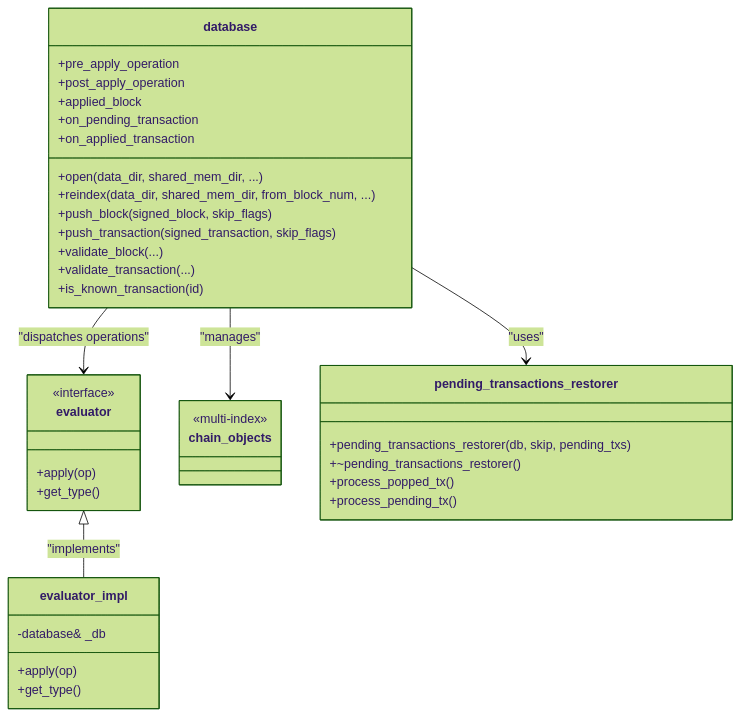
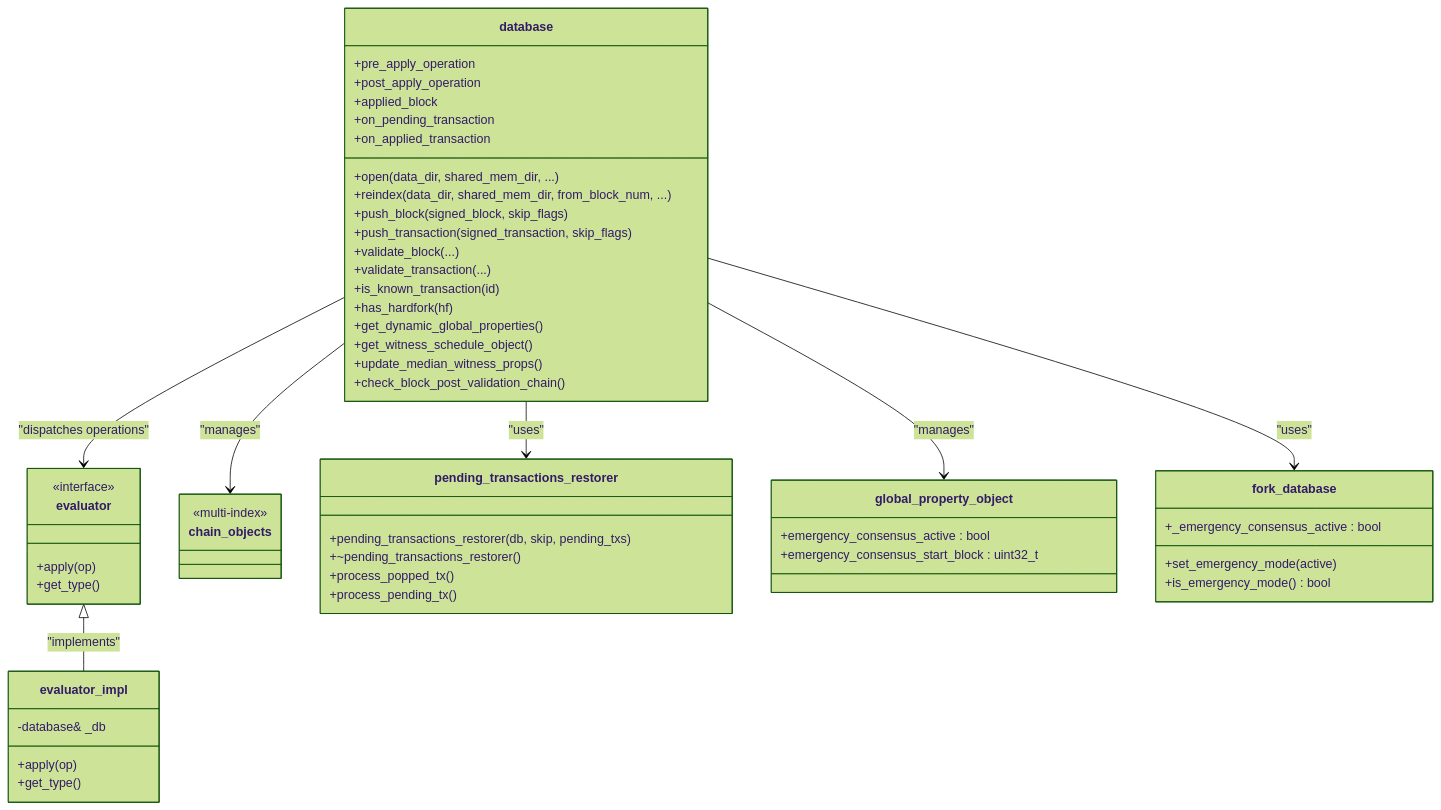
One commit to VIZ-Blockchain/viz-cpp-node changed the third of 15 diagrams in .qoder/repowiki/en/content/Core Libraries.md. Above: the diagram before and after it, drawn with Mermaid (forest theme). The commit also changed other lines of this file and 4 other files, not shown here.

First line of the commit message:
feat(hardfork): add HF12 emergency consensus recovery mechanisms

````diff
--- a/.qoder/repowiki/en/content/Core Libraries.md
+++ b/.qoder/repowiki/en/content/Core Libraries.md
@@ -205,40 +259,56 @@
 ```mermaid
 classDiagram
 class database {
 +open(data_dir, shared_mem_dir, ...)
 +reindex(data_dir, shared_mem_dir, from_block_num, ...)
 +push_block(signed_block, skip_flags)
 +push_transaction(signed_transaction, skip_flags)
 +validate_block(...)
 +validate_transaction(...)
 +pre_apply_operation
 +post_apply_operation
 +applied_block
 +on_pending_transaction
 +on_applied_transaction
 +is_known_transaction(id)
++has_hardfork(hf)
++get_dynamic_global_properties()
++get_witness_schedule_object()
++update_median_witness_props()
++check_block_post_validation_chain()
 }
 class evaluator {
 <<interface>>
 +apply(op)
 +get_type()
 }
 class evaluator_impl {
 -database& _db
 +apply(op)
 +get_type()
 }
 class chain_objects {
 <<multi-index>>
 }
 class pending_transactions_restorer {
 +pending_transactions_restorer(db, skip, pending_txs)
 +~pending_transactions_restorer()
 +process_popped_tx()
 +process_pending_tx()
 }
+class global_property_object {
++emergency_consensus_active : bool
++emergency_consensus_start_block : uint32_t
+}
+class fork_database {
++set_emergency_mode(active)
++is_emergency_mode() bool
++_emergency_consensus_active : bool
+}
 database --> evaluator : "dispatches operations"
 evaluator <|-- evaluator_impl : "implements"
 database --> chain_objects : "manages"
 database --> pending_transactions_restorer : "uses"
+database --> global_property_object : "manages"
+database --> fork_database : "uses"
 ```
````
